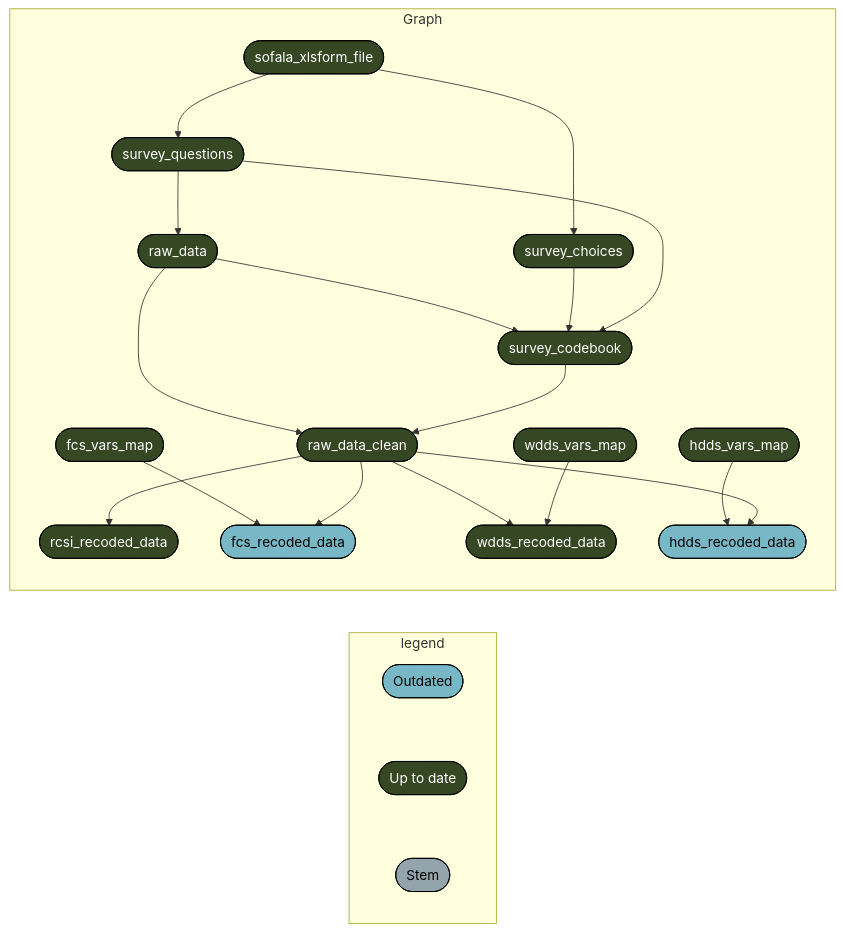
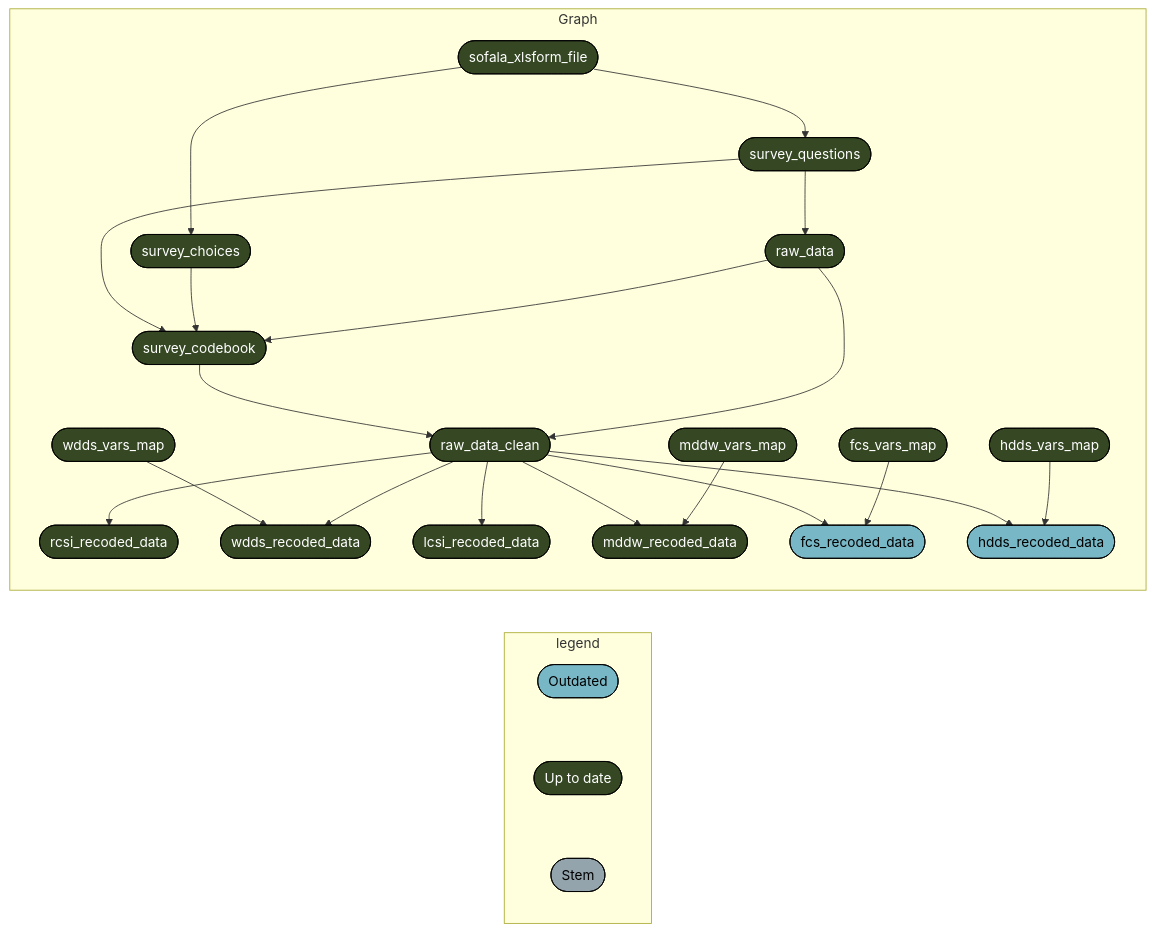
Before and after one commit to katilingban/mozambique-s3m: the second of 2 diagrams in README.md, drawn with Mermaid. The commit also changed 3 other files, not shown here.

````diff
--- a/README.md
+++ b/README.md
@@ -58,29 +58,32 @@
 ``` mermaid
 graph LR
   subgraph legend
     x0a52b03877696646([""Outdated""]):::outdated --- x7420bd9270f8d27d([""Up to date""]):::uptodate
     x7420bd9270f8d27d([""Up to date""]):::uptodate --- xbf4603d6c2c2ad6b([""Stem""]):::none
   end
   subgraph Graph
     x09e58614f2343db8(["raw_data_clean"]):::uptodate --> x9db0983be8f9a87e(["rcsi_recoded_data"]):::uptodate
+    x52eeb21c389d52d8(["sofala_xlsform_file"]):::uptodate --> x0c65864d89dfd824(["survey_questions"]):::uptodate
+    x09e58614f2343db8(["raw_data_clean"]):::uptodate --> x89dfb95fe8e44cfd(["wdds_recoded_data"]):::uptodate
+    xf222f81b7d734901(["wdds_vars_map"]):::uptodate --> x89dfb95fe8e44cfd(["wdds_recoded_data"]):::uptodate
+    x09e58614f2343db8(["raw_data_clean"]):::uptodate --> x1bfdb340aaf51c10(["lcsi_recoded_data"]):::uptodate
+    xcf59fc858ba254c4(["mddw_vars_map"]):::uptodate --> xaf0c296cd393c60a(["mddw_recoded_data"]):::uptodate
+    x09e58614f2343db8(["raw_data_clean"]):::uptodate --> xaf0c296cd393c60a(["mddw_recoded_data"]):::uptodate
     x6d5a6a038d8cf062(["fcs_vars_map"]):::uptodate --> x710620555a048954(["fcs_recoded_data"]):::outdated
     x09e58614f2343db8(["raw_data_clean"]):::uptodate --> x710620555a048954(["fcs_recoded_data"]):::outdated
-    x09e58614f2343db8(["raw_data_clean"]):::uptodate --> x89dfb95fe8e44cfd(["wdds_recoded_data"]):::uptodate
-    xf222f81b7d734901(["wdds_vars_map"]):::uptodate --> x89dfb95fe8e44cfd(["wdds_recoded_data"]):::uptodate
+    x0c65864d89dfd824(["survey_questions"]):::uptodate --> x136e4e85e6851637(["raw_data"]):::uptodate
+    x52eeb21c389d52d8(["sofala_xlsform_file"]):::uptodate --> x5aed27afbde18e19(["survey_choices"]):::uptodate
     xd946f9fb4faff97c(["hdds_vars_map"]):::uptodate --> x5f4e9e79af1e1472(["hdds_recoded_data"]):::outdated
     x09e58614f2343db8(["raw_data_clean"]):::uptodate --> x5f4e9e79af1e1472(["hdds_recoded_data"]):::outdated
     x136e4e85e6851637(["raw_data"]):::uptodate --> x09e58614f2343db8(["raw_data_clean"]):::uptodate
     xfcfc1959dbba8ed3(["survey_codebook"]):::uptodate --> x09e58614f2343db8(["raw_data_clean"]):::uptodate
-    x0c65864d89dfd824(["survey_questions"]):::uptodate --> x136e4e85e6851637(["raw_data"]):::uptodate
     x136e4e85e6851637(["raw_data"]):::uptodate --> xfcfc1959dbba8ed3(["survey_codebook"]):::uptodate
     x5aed27afbde18e19(["survey_choices"]):::uptodate --> xfcfc1959dbba8ed3(["survey_codebook"]):::uptodate
     x0c65864d89dfd824(["survey_questions"]):::uptodate --> xfcfc1959dbba8ed3(["survey_codebook"]):::uptodate
-    x52eeb21c389d52d8(["sofala_xlsform_file"]):::uptodate --> x5aed27afbde18e19(["survey_choices"]):::uptodate
-    x52eeb21c389d52d8(["sofala_xlsform_file"]):::uptodate --> x0c65864d89dfd824(["survey_questions"]):::uptodate
   end
   classDef outdated stroke:#000000,color:#000000,fill:#78B7C5;
   classDef uptodate stroke:#000000,color:#ffffff,fill:#354823;
   classDef none stroke:#000000,color:#000000,fill:#94a4ac;
   linkStyle 0 stroke-width:0px;
   linkStyle 1 stroke-width:0px;
 ```
````
